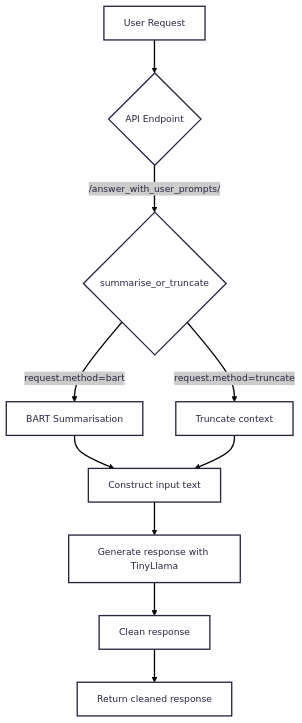
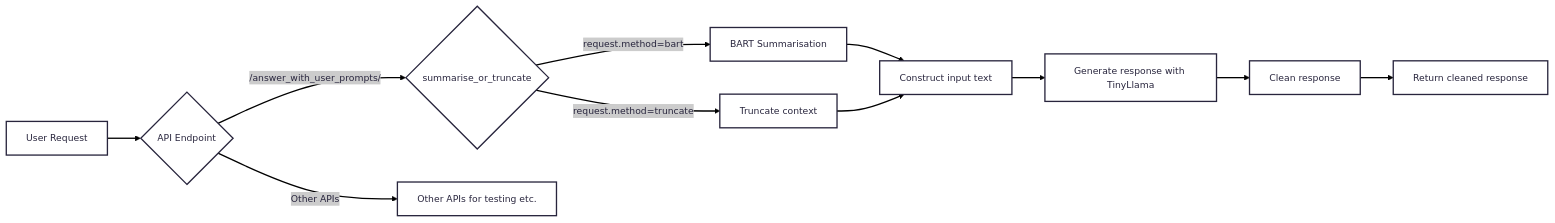
Before and after one commit to EMarc2023/zero-shot-rag-llm: the first of 2 diagrams in README.md, drawn with Mermaid.

````diff
--- a/README.md
+++ b/README.md
@@ -66,17 +66,19 @@
 ```mermaid
 ---
 config:
       theme: redux
 ---
-graph TD
+graph LR
     A[User Request] --> B{API Endpoint};
 
     B -- /answer_with_user_prompts/ --> Y{summarise_or_truncate};
     Y -- request.method=bart --> Z[BART Summarisation];
     Y -- request.method=truncate --> AA[Truncate context];
     Z --> AB[Construct input text];
     AA --> AB;
     AB --> AC[Generate response with TinyLlama];
     AC --> AD[Clean response];
     AD --> AE[Return cleaned response];
+
+B -- Other APIs --> AF[Other APIs for testing etc.];
 ```
````
